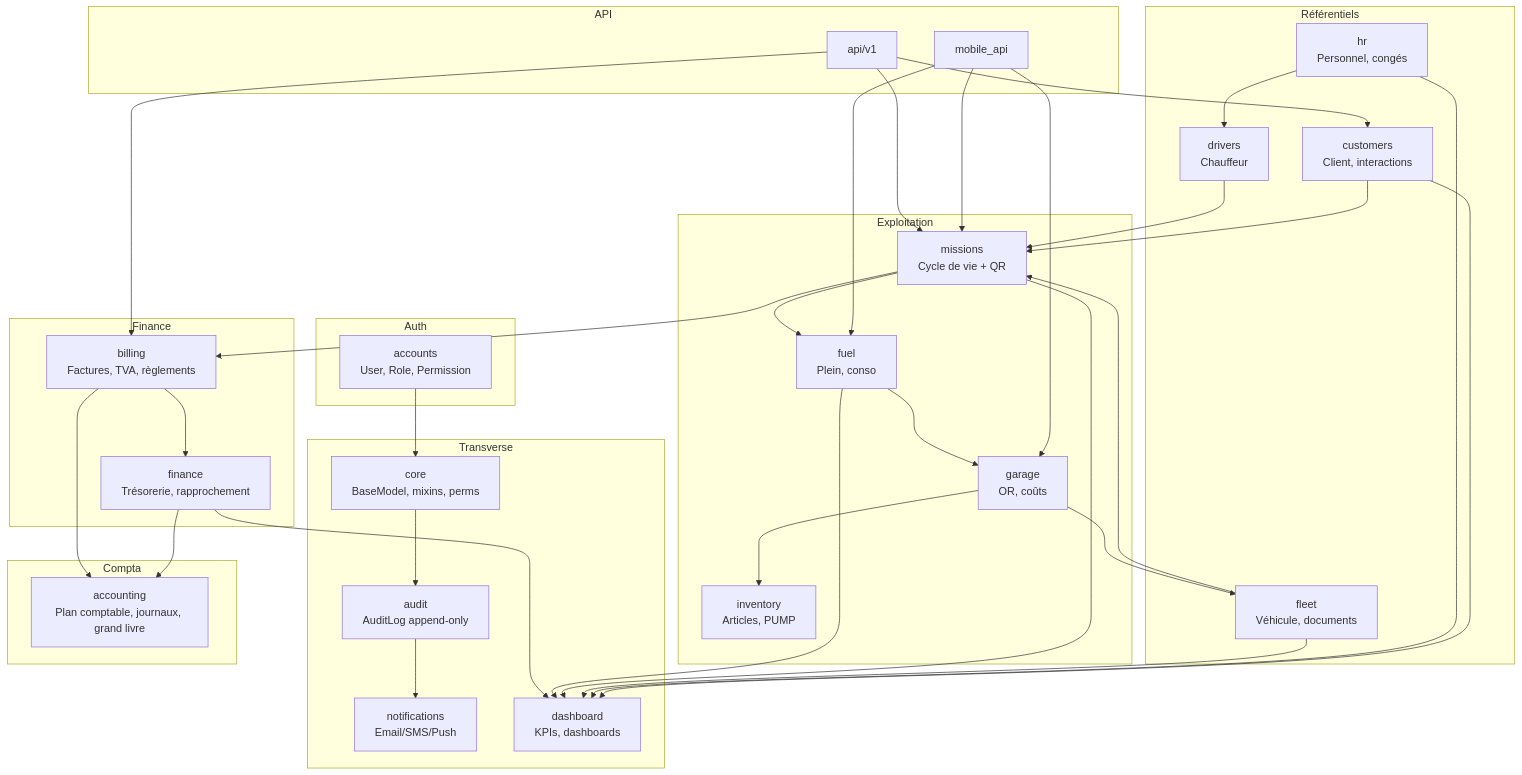
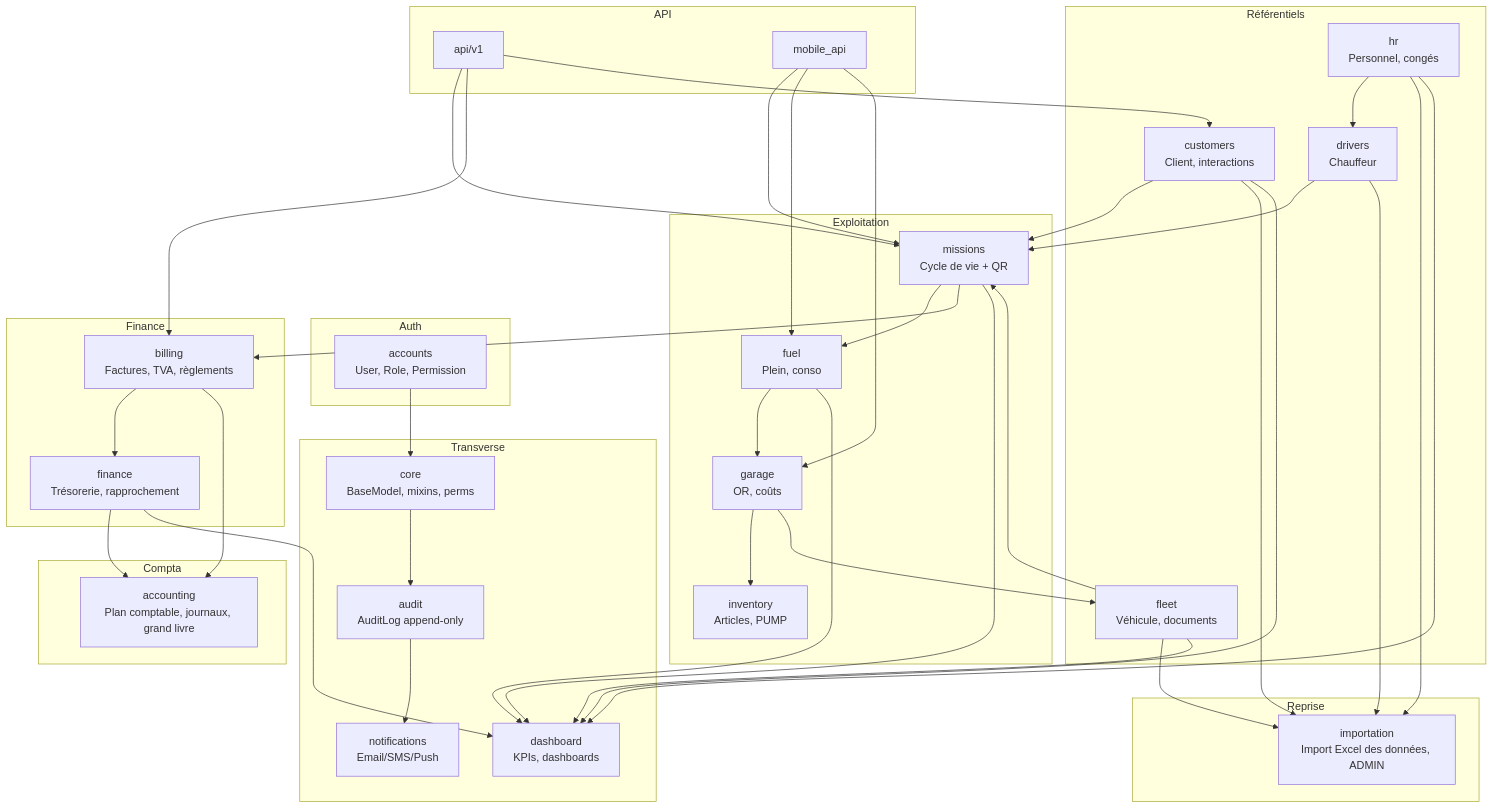
The third of 10 diagrams in architecture.md (AFAQSUCA/erp-densource), drawn with Mermaid before and after one commit. The commit also changed 21 other files, not shown here.

First line of the commit message:
Ajoute l'import Excel des données de l'entreprise pour l'administrateur

````diff
--- a/architecture.md
+++ b/architecture.md
@@ -97,69 +97,77 @@
 ```mermaid
 graph TD
     subgraph Auth
         ACC[accounts<br/>User, Role, Permission]
     end
 
     subgraph Transverse
         CORE[core<br/>BaseModel, mixins, perms]
         AUDIT[audit<br/>AuditLog append-only]
         NOTIF[notifications<br/>Email/SMS/Push]
         DASH[dashboard<br/>KPIs, dashboards]
     end
 
     subgraph Référentiels
         HR[hr<br/>Personnel, congés]
         DRV[drivers<br/>Chauffeur]
         CUST[customers<br/>Client, interactions]
         FLEET[fleet<br/>Véhicule, documents]
     end
 
     subgraph Exploitation
         MISSION[missions<br/>Cycle de vie + QR]
         FUEL[fuel<br/>Plein, conso]
         GARAGE[garage<br/>OR, coûts]
         INV[inventory<br/>Articles, PUMP]
     end
 
     subgraph Finance
         BILL[billing<br/>Factures, TVA, règlements]
         FIN[finance<br/>Trésorerie, rapprochement]
     end
 
     subgraph Compta
         ACCT[accounting<br/>Plan comptable, journaux, grand livre]
     end
 
+    subgraph Reprise
+        IMPORT[importation<br/>Import Excel des données, ADMIN]
+    end
+
     subgraph API
         APIV1[api/v1]
         MOBAPI[mobile_api]
     end
 
     ACC --> CORE
     CORE --> AUDIT
     AUDIT --> NOTIF
     HR --> DRV
     DRV --> MISSION
     CUST --> MISSION
     FLEET --> MISSION
     MISSION --> FUEL
     MISSION --> BILL
     FUEL --> GARAGE
     GARAGE --> INV
     GARAGE --> FLEET
     BILL --> FIN
     BILL --> ACCT
+    HR --> IMPORT
+    DRV --> IMPORT
+    CUST --> IMPORT
+    FLEET --> IMPORT
     FIN --> ACCT
     FIN --> DASH
     FUEL --> DASH
     MISSION --> DASH
     FLEET --> DASH
     HR --> DASH
     CUST --> DASH
     APIV1 --> MISSION
     APIV1 --> BILL
     APIV1 --> CUST
     MOBAPI --> MISSION
     MOBAPI --> FUEL
     MOBAPI --> GARAGE
 ```
````
